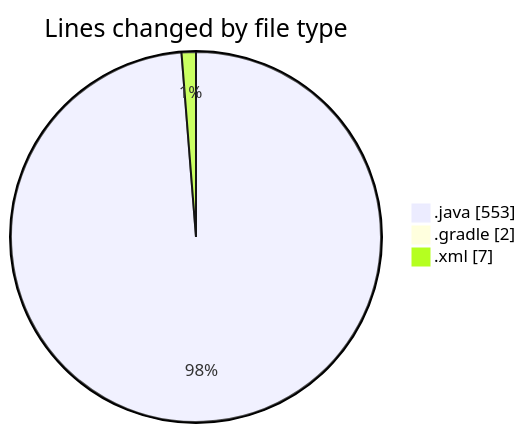
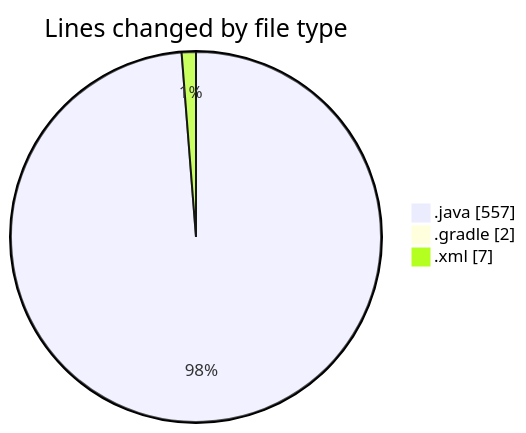
One commit to charlie-sans/code-tracking changed the first of 2 diagrams in 2025-02-27/konsole/README.md. Above: the diagram before and after it, drawn with Mermaid. The commit also changed other lines of this file and 1 other file, not shown here.

````diff
--- a/2025-02-27/konsole/README.md
+++ b/2025-02-27/konsole/README.md
@@ -26,7 +26,7 @@
 ```mermaid
 pie showData
 title Lines changed by file type
-".java" : 553
+".java" : 557
 ".gradle" : 2
 ".xml" : 7
 ```
````
